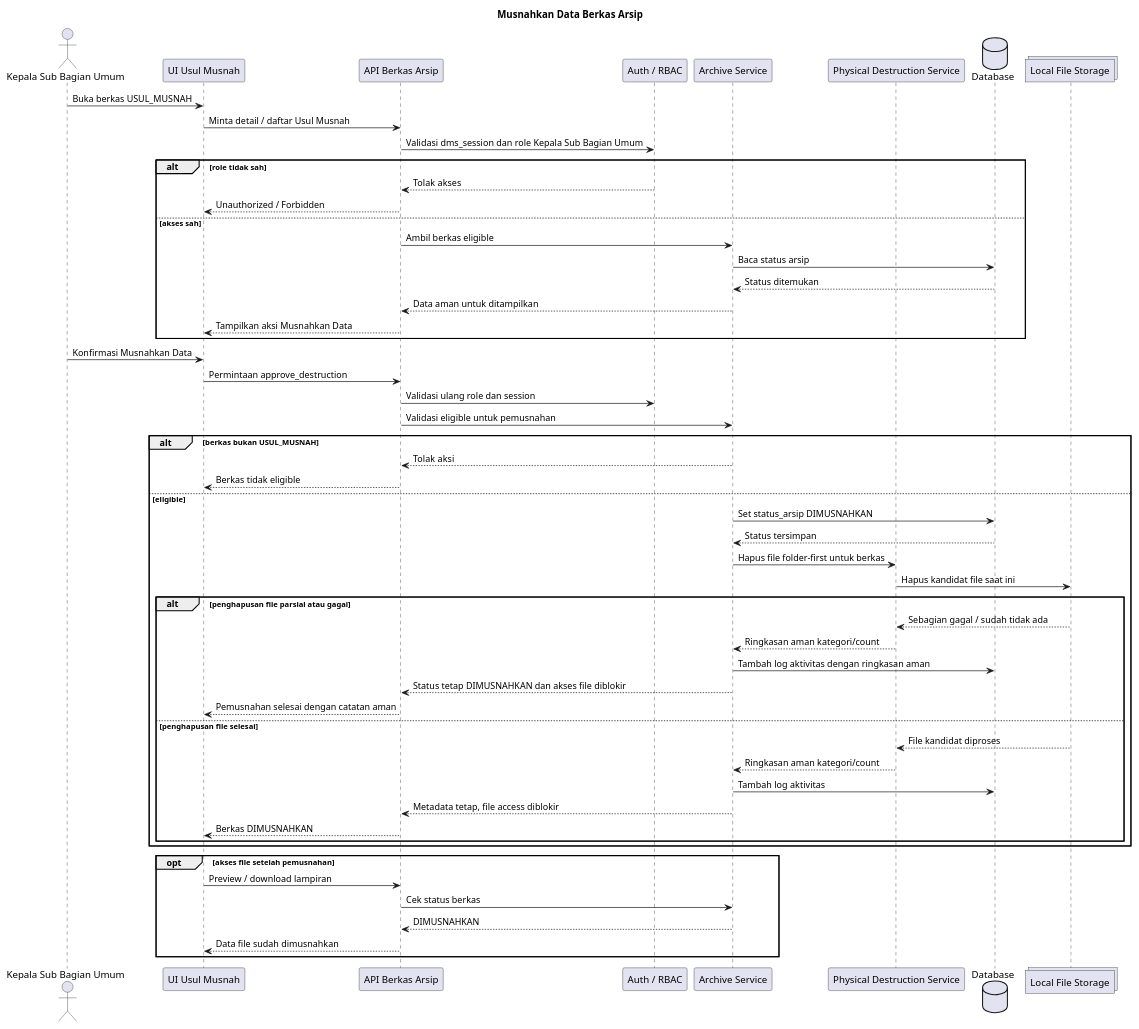
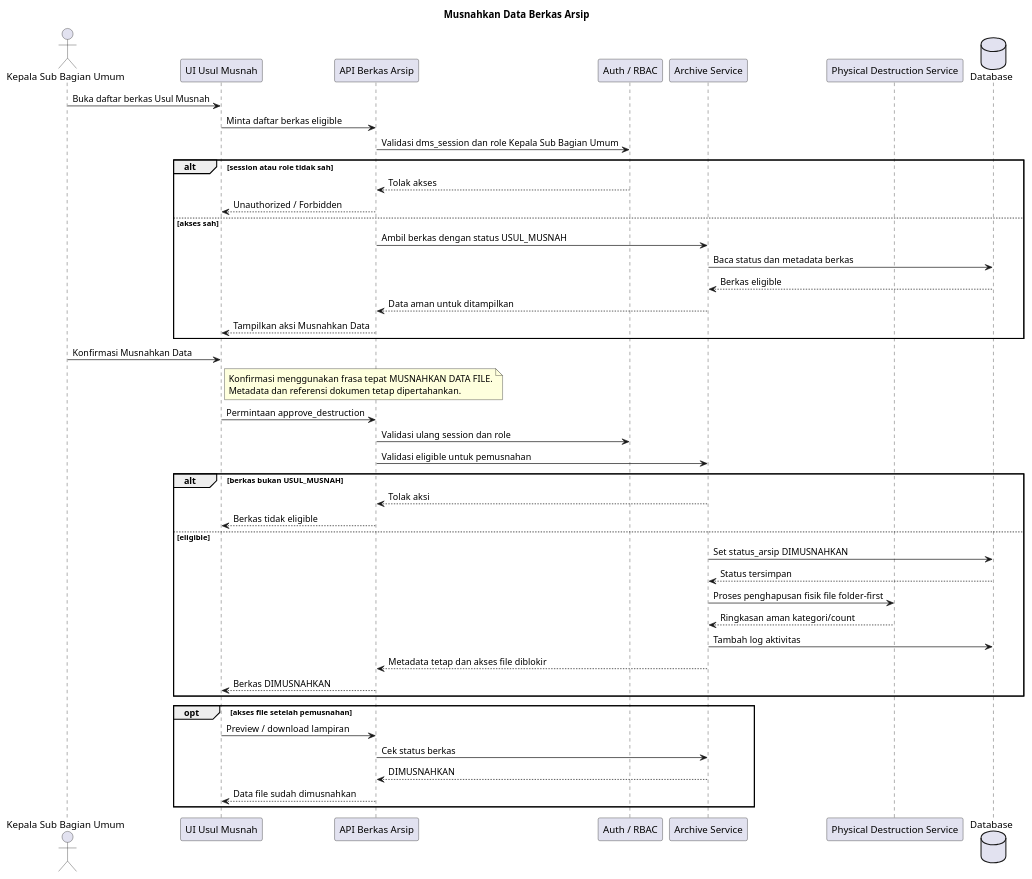
The diagram in docs/diagrams/sequences/archive-destruction-sequence.puml (BingoAndBro/kepser-postgres-migration), drawn with PlantUML before and after one commit. The commit also changed 8 other files, not shown here.

Commit message:
Refine DMS PlantUML diagram sources

```diff
--- a/docs/diagrams/sequences/archive-destruction-sequence.puml
+++ b/docs/diagrams/sequences/archive-destruction-sequence.puml
@@ -1,63 +1,57 @@
 @startuml
 title Musnahkan Data Berkas Arsip
 
 actor "Kepala Sub Bagian Umum" as KSB
 participant "UI Usul Musnah" as UI
 participant "API Berkas Arsip" as API
 participant "Auth / RBAC" as Auth
 participant "Archive Service" as Archive
 participant "Physical Destruction Service" as Destroy
 database "Database" as DB
-collections "Local File Storage" as Storage
 
-KSB -> UI : Buka berkas USUL_MUSNAH
-UI -> API : Minta detail / daftar Usul Musnah
+KSB -> UI : Buka daftar berkas Usul Musnah
+UI -> API : Minta daftar berkas eligible
 API -> Auth : Validasi dms_session dan role Kepala Sub Bagian Umum
 
-alt role tidak sah
+alt session atau role tidak sah
   Auth --> API : Tolak akses
   API --> UI : Unauthorized / Forbidden
 else akses sah
-  API -> Archive : Ambil berkas eligible
-  Archive -> DB : Baca status arsip
-  DB --> Archive : Status ditemukan
+  API -> Archive : Ambil berkas dengan status USUL_MUSNAH
+  Archive -> DB : Baca status dan metadata berkas
+  DB --> Archive : Berkas eligible
   Archive --> API : Data aman untuk ditampilkan
   API --> UI : Tampilkan aksi Musnahkan Data
 end
 
 KSB -> UI : Konfirmasi Musnahkan Data
+note right of UI
+  Konfirmasi menggunakan frasa tepat MUSNAHKAN DATA FILE.
+  Metadata dan referensi dokumen tetap dipertahankan.
+end note
+
 UI -> API : Permintaan approve_destruction
-API -> Auth : Validasi ulang role dan session
+API -> Auth : Validasi ulang session dan role
 API -> Archive : Validasi eligible untuk pemusnahan
 
 alt berkas bukan USUL_MUSNAH
   Archive --> API : Tolak aksi
   API --> UI : Berkas tidak eligible
 else eligible
   Archive -> DB : Set status_arsip DIMUSNAHKAN
   DB --> Archive : Status tersimpan
-  Archive -> Destroy : Hapus file folder-first untuk berkas
-  Destroy -> Storage : Hapus kandidat file saat ini
-  alt penghapusan file parsial atau gagal
-    Storage --> Destroy : Sebagian gagal / sudah tidak ada
-    Destroy --> Archive : Ringkasan aman kategori/count
-    Archive -> DB : Tambah log aktivitas dengan ringkasan aman
-    Archive --> API : Status tetap DIMUSNAHKAN dan akses file diblokir
-    API --> UI : Pemusnahan selesai dengan catatan aman
-  else penghapusan file selesai
-    Storage --> Destroy : File kandidat diproses
-    Destroy --> Archive : Ringkasan aman kategori/count
-    Archive -> DB : Tambah log aktivitas
-    Archive --> API : Metadata tetap, file access diblokir
-    API --> UI : Berkas DIMUSNAHKAN
-  end
+  Archive -> Destroy : Proses penghapusan fisik file folder-first
+  Destroy --> Archive : Ringkasan aman kategori/count
+  Archive -> DB : Tambah log aktivitas
+  Archive --> API : Metadata tetap dan akses file diblokir
+  API --> UI : Berkas DIMUSNAHKAN
 end
 
 opt akses file setelah pemusnahan
   UI -> API : Preview / download lampiran
   API -> Archive : Cek status berkas
   Archive --> API : DIMUSNAHKAN
   API --> UI : Data file sudah dimusnahkan
 end
 
 @enduml
```
